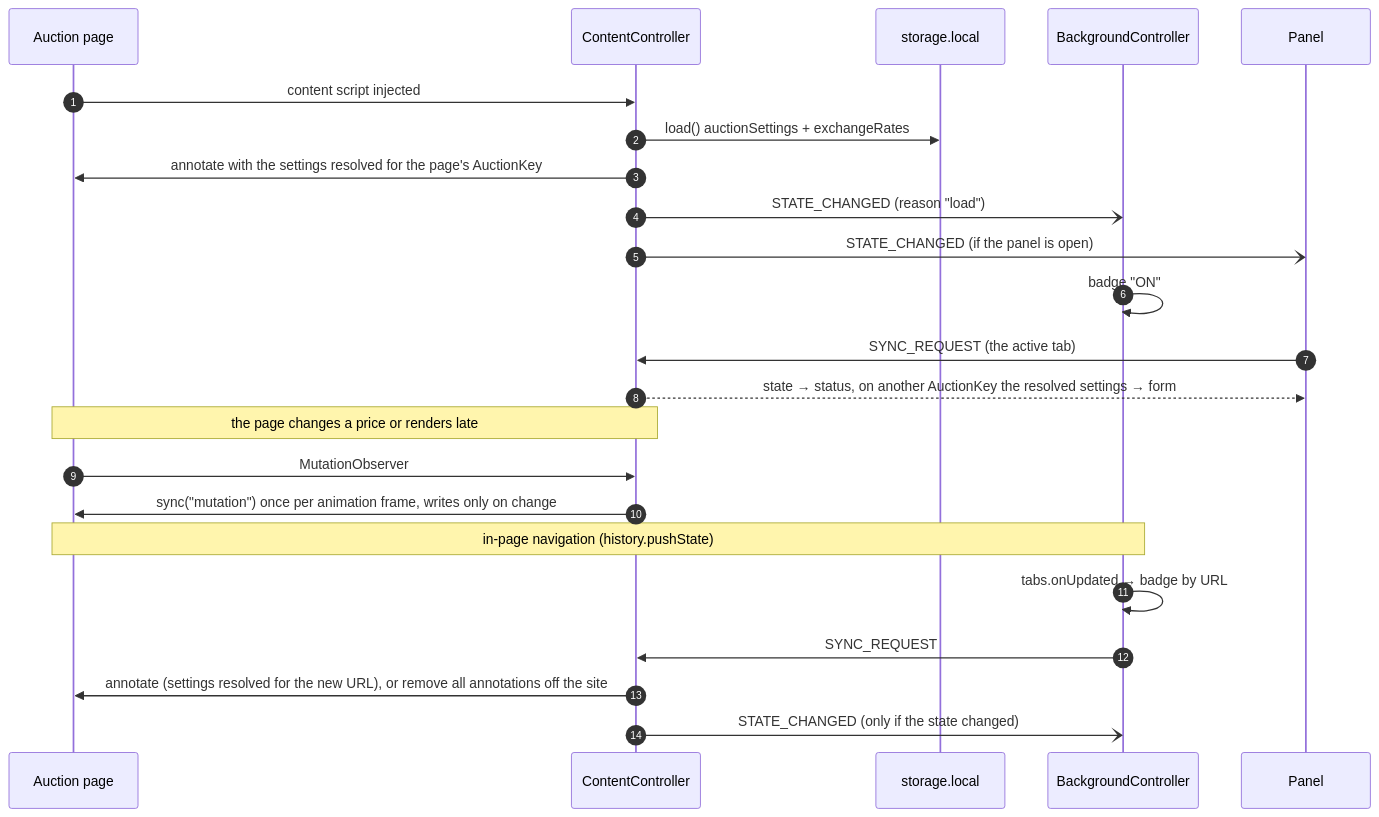
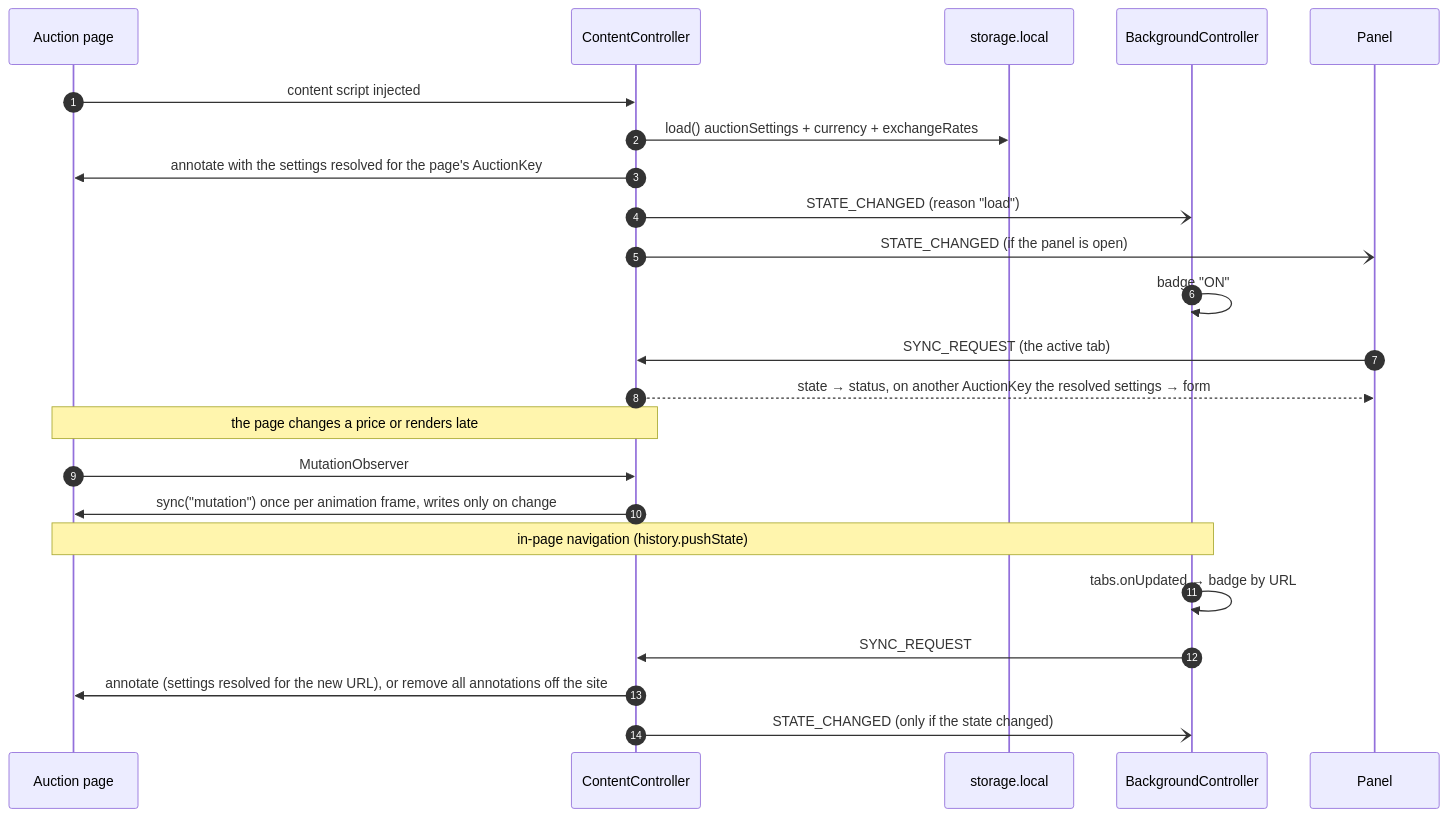
Before and after one commit to radyak/minerva-browserplugin: the fifth of 8 diagrams in docs/architecture.md, drawn with Mermaid. The commit also changed other lines of this file and 15 other files, not shown here.

Commit message:
fix (GH-6): [by AI] Store user currency globally, not per auction

````diff
--- a/docs/architecture.md
+++ b/docs/architecture.md
@@ -335,28 +336,28 @@
 ```mermaid
 sequenceDiagram
   autonumber
   participant Page as Auction page
   participant CC as ContentController
   participant Store as storage.local
   participant BC as BackgroundController
   participant PC as Panel
 
   Page->>CC: content script injected
-  CC->>Store: load() auctionSettings + exchangeRates
+  CC->>Store: load() auctionSettings + currency + exchangeRates
   CC->>Page: annotate with the settings resolved for the page's AuctionKey
   CC-)BC: STATE_CHANGED (reason "load")
   CC-)PC: STATE_CHANGED (if the panel is open)
   BC->>BC: badge "ON"
   PC->>CC: SYNC_REQUEST (the active tab)
   CC-->>PC: state → status, on another AuctionKey the resolved settings → form
 
   Note over Page,CC: the page changes a price or renders late
   Page->>CC: MutationObserver
   CC->>Page: sync("mutation") once per animation frame, writes only on change
 
   Note over Page,BC: in-page navigation (history.pushState)
   BC->>BC: tabs.onUpdated → badge by URL
   BC->>CC: SYNC_REQUEST
   CC->>Page: annotate (settings resolved for the new URL), or remove all annotations off the site
   CC-)BC: STATE_CHANGED (only if the state changed)
 ```
````
